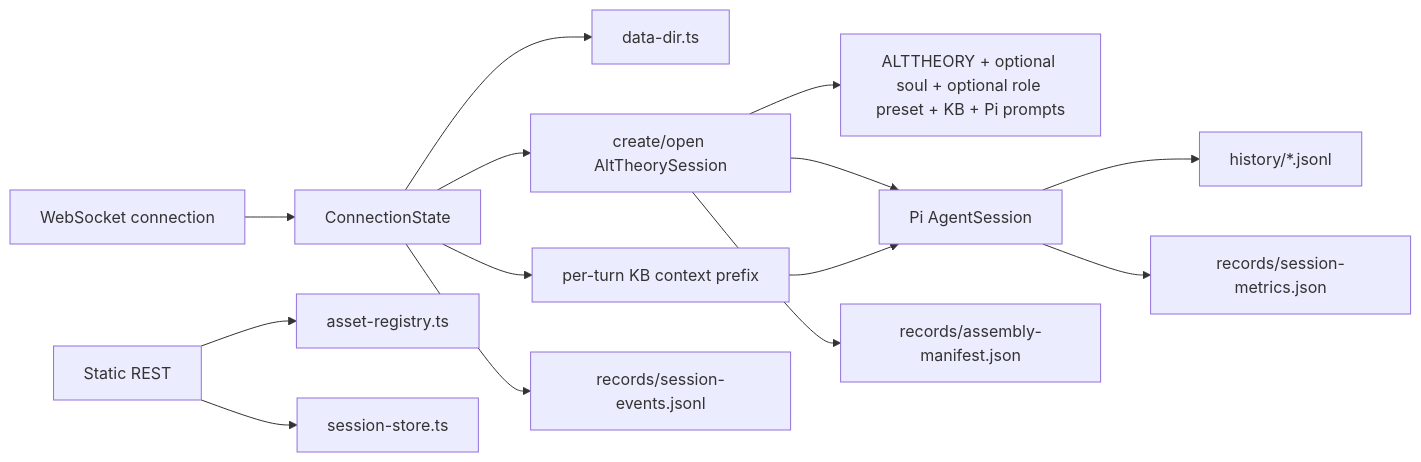
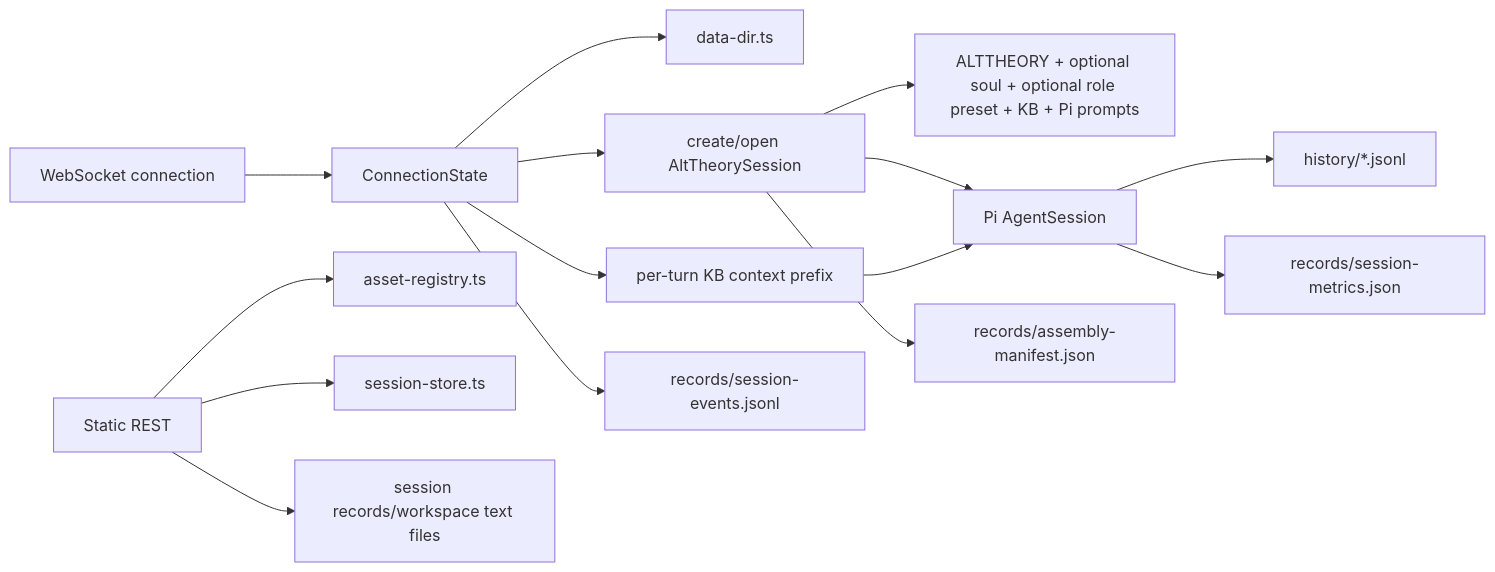
The diagram in project/architecture/core-session-engine.md (syuan-research/alt-theory), drawn with Mermaid before and after one commit. The commit also changed other lines of this file and 9 other files, not shown here.

````diff
--- a/project/architecture/core-session-engine.md
+++ b/project/architecture/core-session-engine.md
@@ -51,16 +54,17 @@
 ```mermaid
 flowchart LR
   WS[WebSocket connection] --> State[ConnectionState]
   State --> Dirs[data-dir.ts]
   State --> Core[create/open AltTheorySession]
   Core --> Assets[ALTTHEORY + optional soul + optional role preset + KB + Pi prompts]
   Core --> Pi[Pi AgentSession]
   State --> Prefix[per-turn KB context prefix]
   Prefix --> Pi
   Pi --> JSONL[history/*.jsonl]
   Core --> Manifest[records/assembly-manifest.json]
   Pi --> Metrics[records/session-metrics.json]
   State --> Events[records/session-events.jsonl]
   REST[Static REST] --> Registry[asset-registry.ts]
   REST --> Store[session-store.ts]
+  REST --> SessionFiles[session records/workspace text files]
 ```
````
